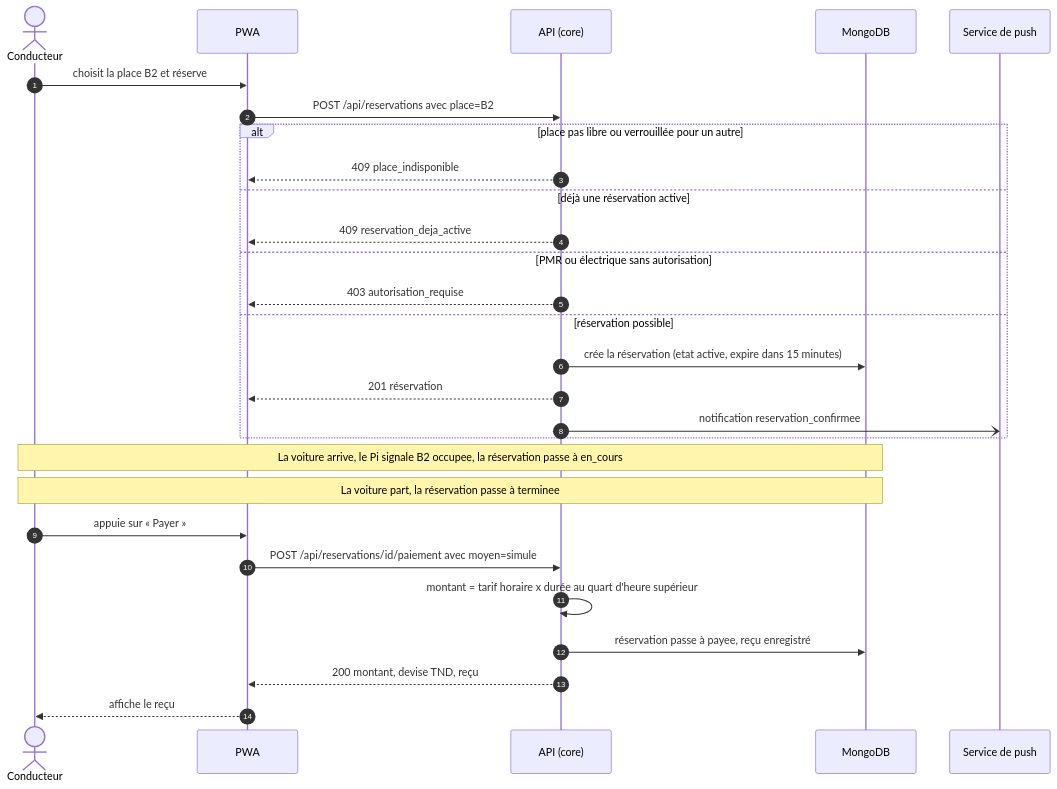
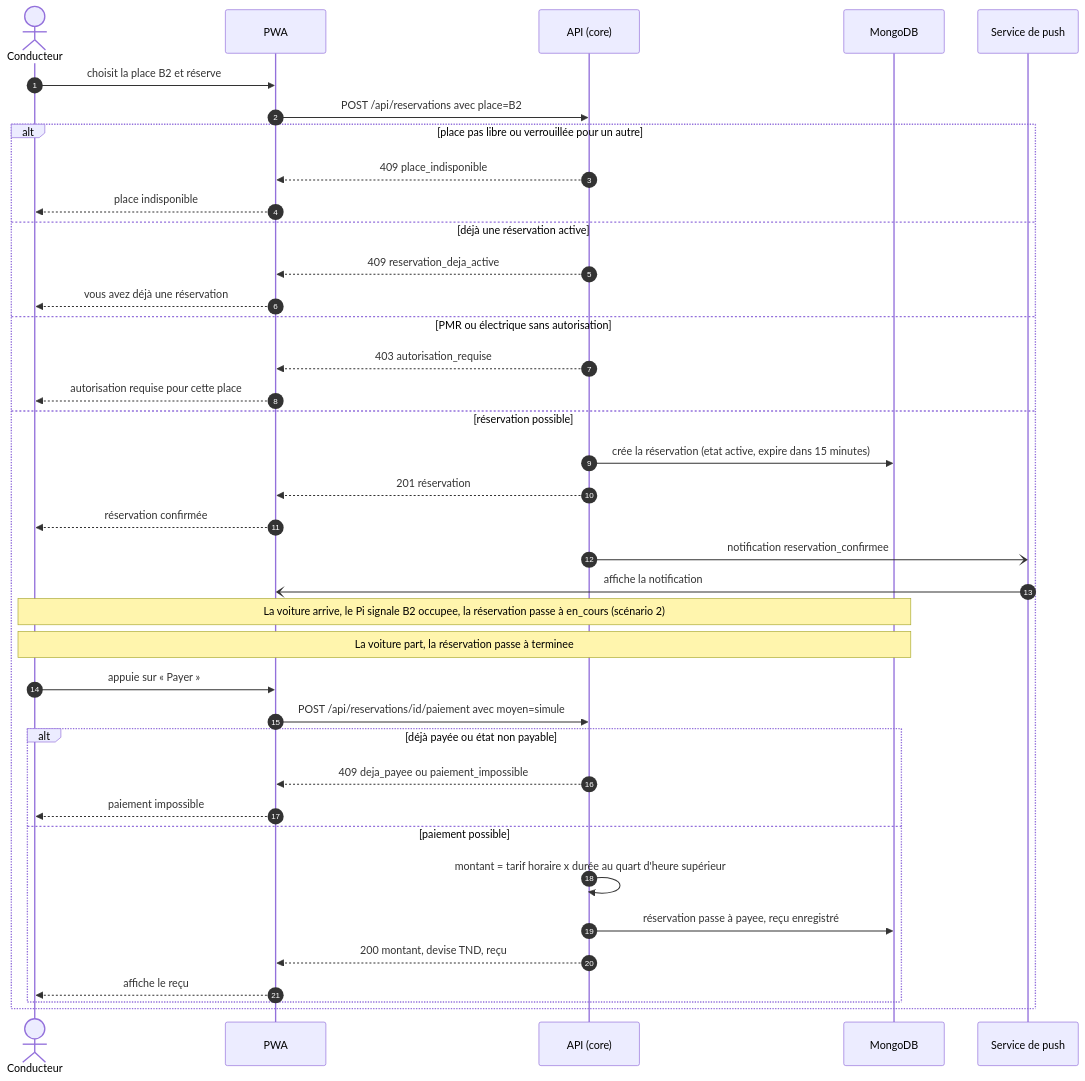
The fourth of 6 diagrams in docs/uml/03-sequences.md (amaltrigui19/projet_smart_parking), drawn with Mermaid before and after one commit. The commit also changed other lines of this file and 3 other files, not shown here.

Commit message:
uml corrigée

````diff
--- a/docs/uml/03-sequences.md
+++ b/docs/uml/03-sequences.md
@@ -123,34 +133,45 @@
 ```mermaid
 sequenceDiagram
     autonumber
     actor C as Conducteur
     participant PWA
     participant API as API (core)
     participant DB as MongoDB
     participant Push as Service de push
 
     C->>PWA: choisit la place B2 et réserve
     PWA->>API: POST /api/reservations avec place=B2
 
     alt place pas libre ou verrouillée pour un autre
         API-->>PWA: 409 place_indisponible
+        PWA-->>C: place indisponible
     else déjà une réservation active
         API-->>PWA: 409 reservation_deja_active
+        PWA-->>C: vous avez déjà une réservation
     else PMR ou électrique sans autorisation
         API-->>PWA: 403 autorisation_requise
+        PWA-->>C: autorisation requise pour cette place
     else réservation possible
         API->>DB: crée la réservation (etat active, expire dans 15 minutes)
         API-->>PWA: 201 réservation
+        PWA-->>C: réservation confirmée
         API-)Push: notification reservation_confirmee
+        Push-)PWA: affiche la notification
+
+        Note over C,DB: La voiture arrive, le Pi signale B2 occupee, la réservation passe à en_cours (scénario 2)
+        Note over C,DB: La voiture part, la réservation passe à terminee
+
+        C->>PWA: appuie sur « Payer »
+        PWA->>API: POST /api/reservations/id/paiement avec moyen=simule
+
+        alt déjà payée ou état non payable
+            API-->>PWA: 409 deja_payee ou paiement_impossible
+            PWA-->>C: paiement impossible
+        else paiement possible
+            API->>API: montant = tarif horaire x durée au quart d'heure supérieur
+            API->>DB: réservation passe à payee, reçu enregistré
+            API-->>PWA: 200 montant, devise TND, reçu
+            PWA-->>C: affiche le reçu
+        end
     end
-
-    Note over C,DB: La voiture arrive, le Pi signale B2 occupee, la réservation passe à en_cours
-    Note over C,DB: La voiture part, la réservation passe à terminee
-
-    C->>PWA: appuie sur « Payer »
-    PWA->>API: POST /api/reservations/id/paiement avec moyen=simule
-    API->>API: montant = tarif horaire x durée au quart d'heure supérieur
-    API->>DB: réservation passe à payee, reçu enregistré
-    API-->>PWA: 200 montant, devise TND, reçu
-    PWA-->>C: affiche le reçu
 ```
````
